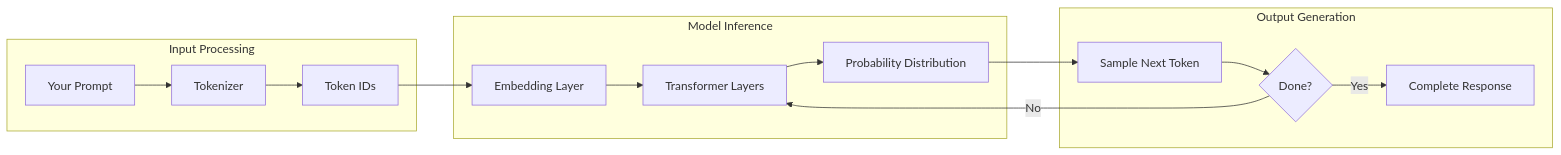
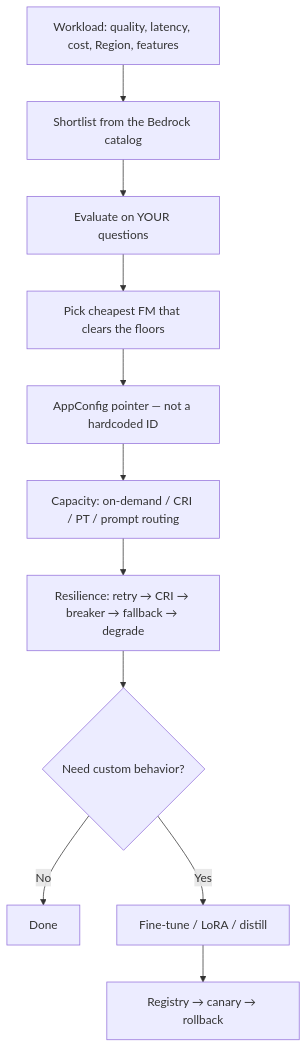
Before and after one commit to bme3412/aws-ai-developer-redux: the first of 2 diagrams in src/data/content/domain-1/model-selection.md, drawn with Mermaid. The commit also changed other lines of this file and 58 other files, not shown here.

````diff
--- a/src/data/content/domain-1/model-selection.md
+++ b/src/data/content/domain-1/model-selection.md
@@ -23,20 +40,13 @@
 ```mermaid
-graph LR
-    subgraph "Input Processing"
-        A[Your Prompt] --> B[Tokenizer]
-        B --> C[Token IDs]
-    end
-
-    subgraph "Model Inference"
-        C --> D[Embedding Layer]
-        D --> E[Transformer Layers]
-        E --> F[Probability Distribution]
-    end
-
-    subgraph "Output Generation"
-        F --> G[Sample Next Token]
-        G --> H{Done?}
-        H -->|No| E
-        H -->|Yes| I[Complete Response]
-    end
+flowchart TD
+    W[Workload: quality, latency, cost, Region, features] --> P[Shortlist from the Bedrock catalog]
+    P --> E[Evaluate on YOUR questions]
+    E --> M[Pick cheapest FM that clears the floors]
+    M --> C[AppConfig pointer — not a hardcoded ID]
+    C --> S[Capacity: on-demand / CRI / PT / prompt routing]
+    S --> R[Resilience: retry → CRI → breaker → fallback → degrade]
+    R --> X{Need custom behavior?}
+    X -->|No| D[Done]
+    X -->|Yes| FT[Fine-tune / LoRA / distill]
+    FT --> REG[Registry → canary → rollback]
 ```
````
